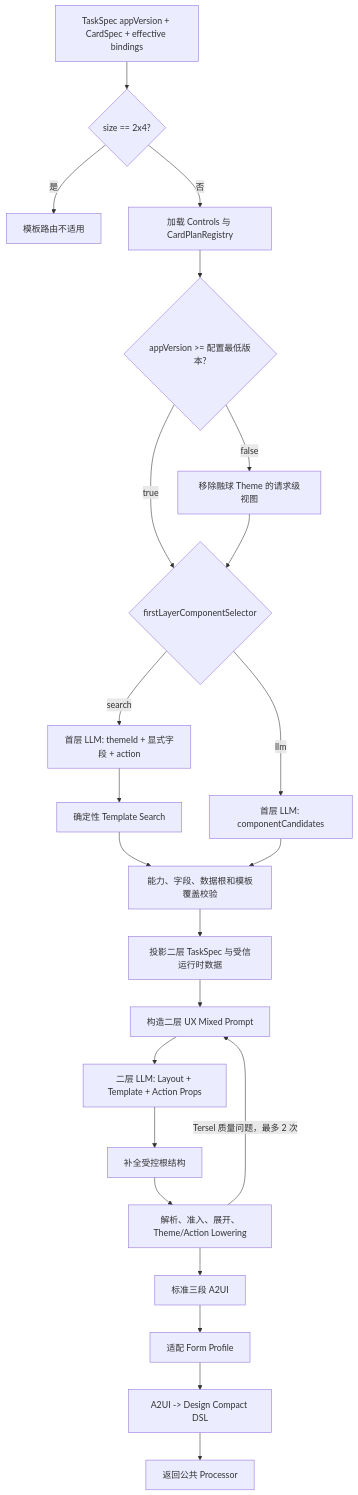
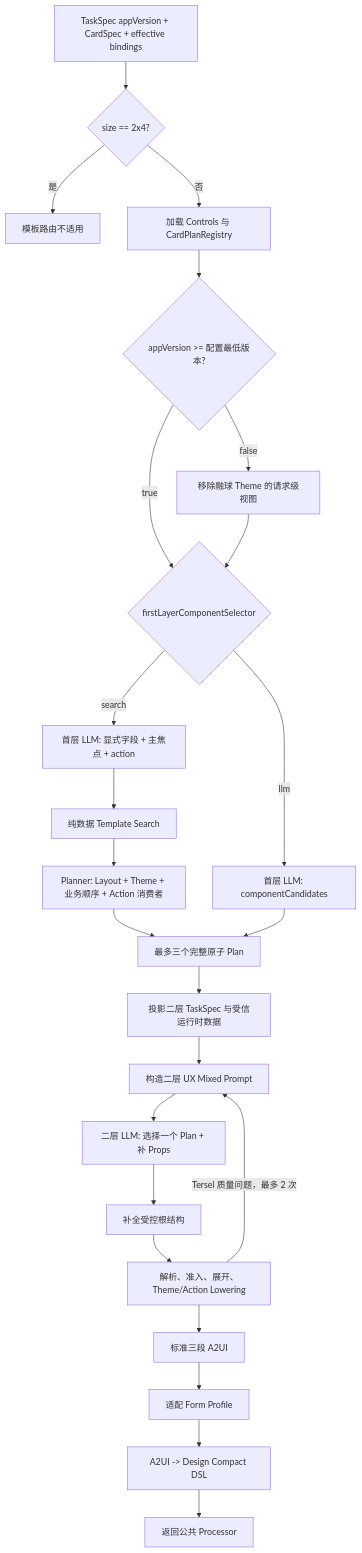
The second of 2 diagrams in widget_service/cloud/services/template_generation/docs/architecture.md (InnovationTea/CreateMyCard), drawn with Mermaid before and after one commit. The commit also changed other lines of this file and 42 other files, not shown here.

````diff
--- a/widget_service/cloud/services/template_generation/docs/architecture.md
+++ b/widget_service/cloud/services/template_generation/docs/architecture.md
@@ -63,25 +63,26 @@
 ```mermaid
 flowchart TD
     IN[TaskSpec appVersion + CardSpec + effective bindings] --> SIZE{size == 2x4?}
     SIZE -->|是| MISS[模板路由不适用]
     SIZE -->|否| LOAD[加载 Controls 与 CardPlanRegistry]
     LOAD --> FUSION{appVersion >= 配置最低版本?}
     FUSION -->|false| FILTER[移除融球 Theme 的请求级视图]
     FUSION -->|true| SELECTOR{firstLayerComponentSelector}
     FILTER --> SELECTOR
-    SELECTOR -->|search| MARK[首层 LLM: themeId + 显式字段 + action]
-    MARK --> SEARCH[确定性 Template Search]
+    SELECTOR -->|search| MARK[首层 LLM: 显式字段 + 主焦点 + action]
+    MARK --> SEARCH[纯数据 Template Search]
+    SEARCH --> PLAN[Planner: Layout + Theme + 业务顺序 + Action 消费者]
     SELECTOR -->|llm| LEGACY[首层 LLM: componentCandidates]
-    SEARCH --> COVER[能力、字段、数据根和模板覆盖校验]
+    PLAN --> COVER[最多三个完整原子 Plan]
     LEGACY --> COVER
     COVER --> PROJECT[投影二层 TaskSpec 与受信运行时数据]
     PROJECT --> PROMPT[构造二层 UX Mixed Prompt]
-    PROMPT --> BODY[二层 LLM: Layout + Template + Action Props]
+    PROMPT --> BODY[二层 LLM: 选择一个 Plan + 补 Props]
     BODY --> FRAME[补全受控根结构]
     FRAME --> COMPILE[解析、准入、展开、Theme/Action Lowering]
     COMPILE -->|Tersel 质量问题，最多 2 次| PROMPT
     COMPILE --> A2UI[标准三段 A2UI]
     A2UI --> ADAPT[适配 Form Profile]
     ADAPT --> ROUNDTRIP[A2UI -> Design Compact DSL]
     ROUNDTRIP --> OUT[返回公共 Processor]
 ```
````
